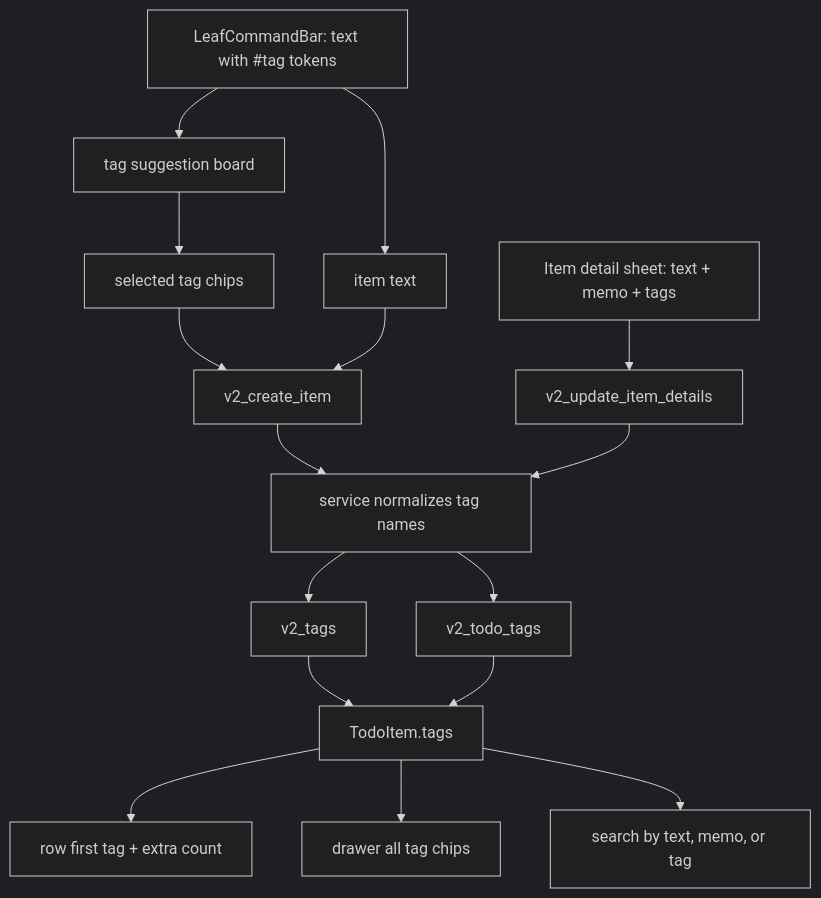
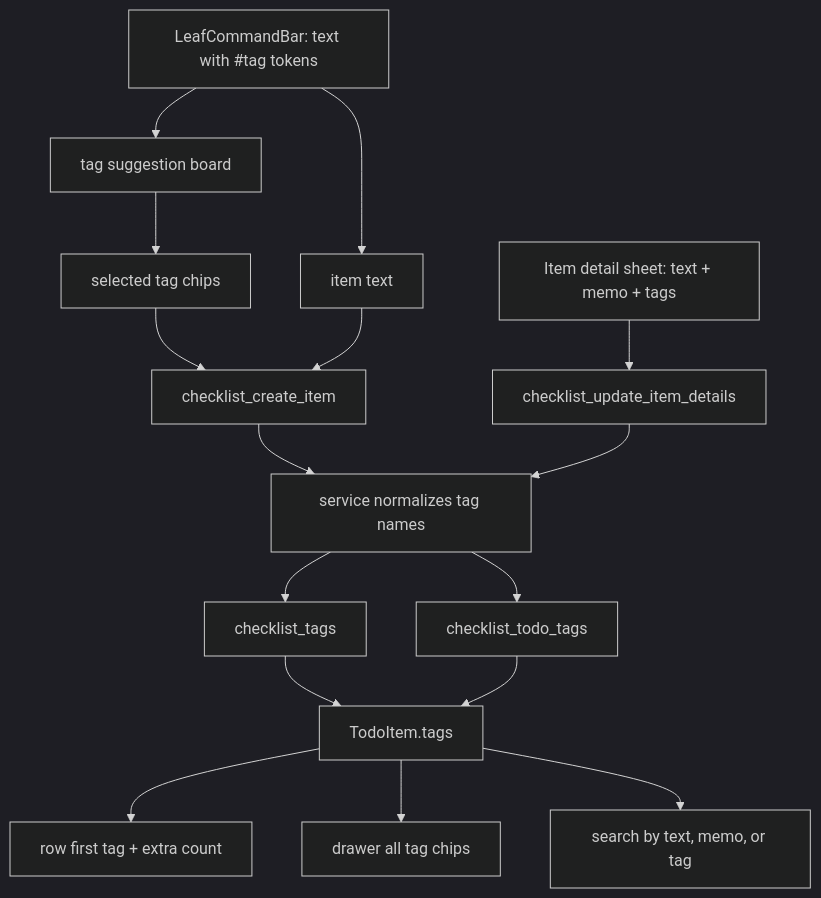
One commit to U-Keun/Tickly changed the diagram in docs/rebuild-notes/010-item-tags-direction.md. Above: the diagram before and after it, drawn with Mermaid (dark theme). The commit also changed other lines of this file and 28 other files, not shown here.

````diff
--- a/docs/rebuild-notes/010-item-tags-direction.md
+++ b/docs/rebuild-notes/010-item-tags-direction.md
@@ -9,18 +9,18 @@
 ```mermaid
 flowchart TB
   Input["LeafCommandBar: text with #tag tokens"] --> Suggest["tag suggestion board"]
   Suggest --> Selected["selected tag chips"]
   Input --> Text["item text"]
-  Selected --> Create["v2_create_item"]
+  Selected --> Create["checklist_create_item"]
   Text --> Create
-  Detail["Item detail sheet: text + memo + tags"] --> Update["v2_update_item_details"]
+  Detail["Item detail sheet: text + memo + tags"] --> Update["checklist_update_item_details"]
   Create --> Service["service normalizes tag names"]
   Update --> Service
-  Service --> Tags["v2_tags"]
-  Service --> Join["v2_todo_tags"]
+  Service --> Tags["checklist_tags"]
+  Service --> Join["checklist_todo_tags"]
   Tags --> Item["TodoItem.tags"]
   Join --> Item
   Item --> Row["row first tag + extra count"]
   Item --> Drawer["drawer all tag chips"]
   Item --> Search["search by text, memo, or tag"]
 ```
````
